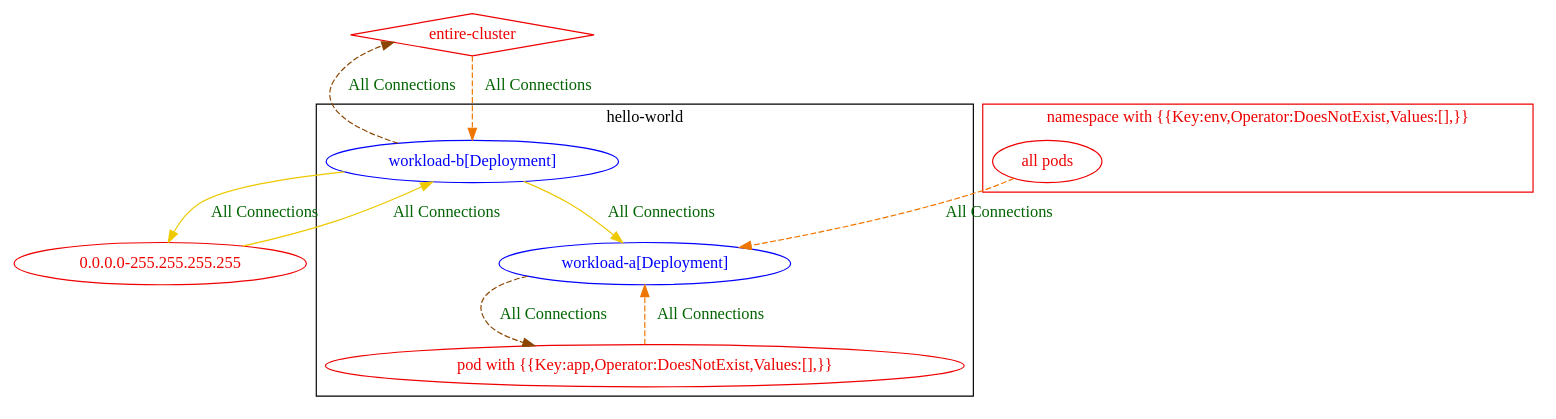
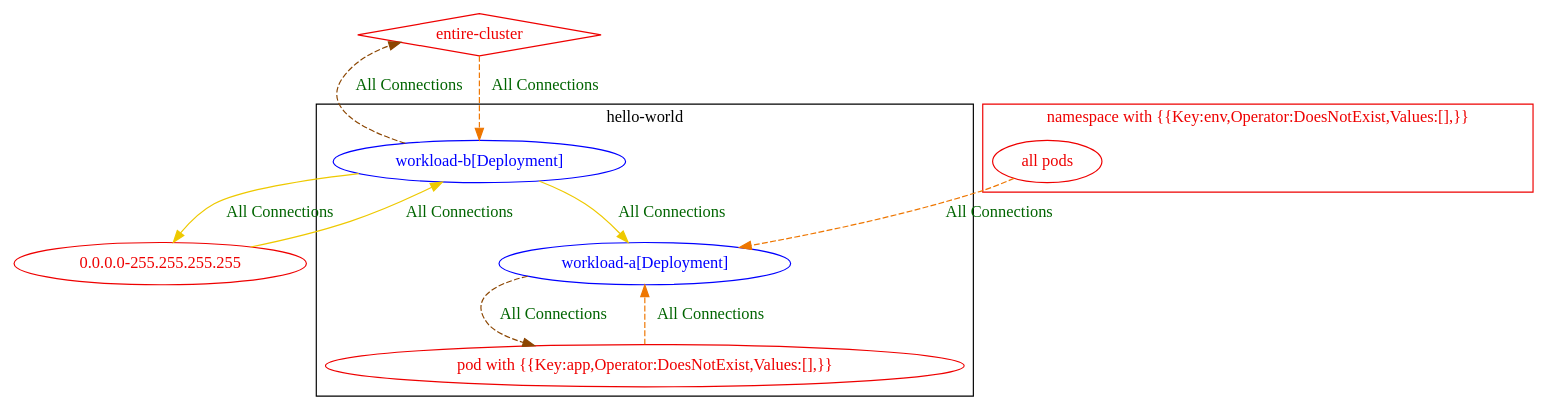
One commit to np-guard/netpol-analyzer changed the diagram in test_outputs/connlist/exposure_test_exposure_with_match_expression_does_not_exist_op_connlist_output.dot. Above: the diagram before and after it, drawn with Graphviz. The commit also changed 153 other files, not shown here.

```diff
--- a/test_outputs/connlist/exposure_test_exposure_with_match_expression_does_not_exist_op_connlist_output.dot
+++ b/test_outputs/connlist/exposure_test_exposure_with_match_expression_does_not_exist_op_connlist_output.dot
@@ -1,26 +1,26 @@
 digraph {
 	subgraph "cluster_hello_world" {
 		color="black"
 		fontcolor="black"
 		"hello-world/workload-a[Deployment]" [label="workload-a[Deployment]" color="blue" fontcolor="blue"]
 		"hello-world/workload-b[Deployment]" [label="workload-b[Deployment]" color="blue" fontcolor="blue"]
 		"pod with {{Key:app,Operator:DoesNotExist,Values:[],}}_in_hello-world" [label="pod with {{Key:app,Operator:DoesNotExist,Values:[],}}" color="red2" fontcolor="red2"]
 		label="hello-world"
 	}
 	subgraph "cluster_namespace with {{Key:env,Operator:DoesNotExist,Values:[],}}" {
 		color="red2"
 		fontcolor="red2"
 		"all pods_in_namespace with {{Key:env,Operator:DoesNotExist,Values:[],}}" [label="all pods" color="red2" fontcolor="red2"]
 		label="namespace with {{Key:env,Operator:DoesNotExist,Values:[],}}"
 	}
 	"0.0.0.0-255.255.255.255" [label="0.0.0.0-255.255.255.255" color="red2" fontcolor="red2"]
 	"entire-cluster" [label="entire-cluster" color="red2" fontcolor="red2" shape=diamond]
-	"0.0.0.0-255.255.255.255" -> "hello-world/workload-b[Deployment]" [label="All Connections" color="gold2" fontcolor="darkgreen"]
+	"0.0.0.0-255.255.255.255" -> "hello-world/workload-b[Deployment]" [label="All Connections" color="gold2" fontcolor="darkgreen" weight=0.5]
 	"all pods_in_namespace with {{Key:env,Operator:DoesNotExist,Values:[],}}" -> "hello-world/workload-a[Deployment]" [label="All Connections" color="darkorange2" fontcolor="darkgreen" weight=1 style=dashed]
 	"entire-cluster" -> "hello-world/workload-b[Deployment]" [label="All Connections" color="darkorange2" fontcolor="darkgreen" weight=1 style=dashed]
 	"hello-world/workload-a[Deployment]" -> "pod with {{Key:app,Operator:DoesNotExist,Values:[],}}_in_hello-world" [label="All Connections" color="darkorange4" fontcolor="darkgreen" weight=0.5 style=dashed]
-	"hello-world/workload-b[Deployment]" -> "0.0.0.0-255.255.255.255" [label="All Connections" color="gold2" fontcolor="darkgreen"]
+	"hello-world/workload-b[Deployment]" -> "0.0.0.0-255.255.255.255" [label="All Connections" color="gold2" fontcolor="darkgreen" weight=1]
 	"hello-world/workload-b[Deployment]" -> "entire-cluster" [label="All Connections" color="darkorange4" fontcolor="darkgreen" weight=0.5 style=dashed]
-	"hello-world/workload-b[Deployment]" -> "hello-world/workload-a[Deployment]" [label="All Connections" color="gold2" fontcolor="darkgreen"]
+	"hello-world/workload-b[Deployment]" -> "hello-world/workload-a[Deployment]" [label="All Connections" color="gold2" fontcolor="darkgreen" weight=1]
 	"pod with {{Key:app,Operator:DoesNotExist,Values:[],}}_in_hello-world" -> "hello-world/workload-a[Deployment]" [label="All Connections" color="darkorange2" fontcolor="darkgreen" weight=1 style=dashed]
 }
```
